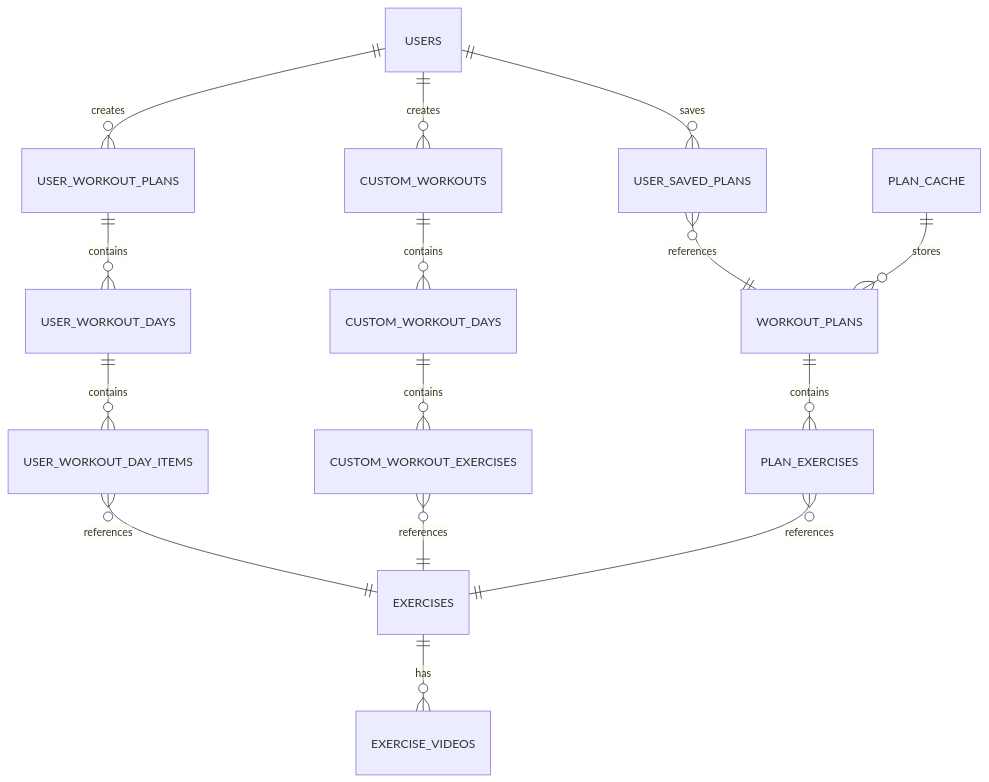
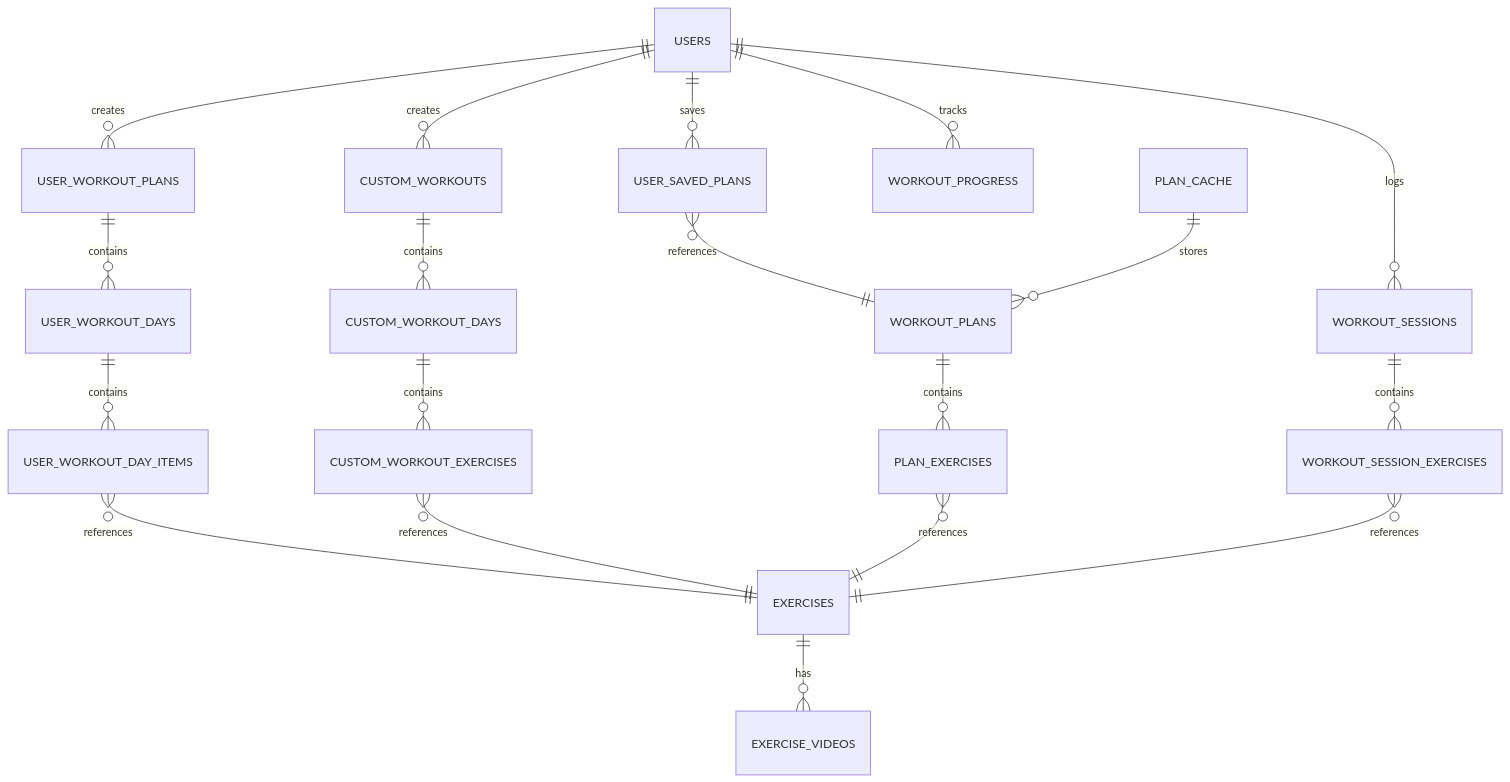
The first of 3 diagrams in DATABASE_ARCHITECTURE.md (moazanTUS/sculptfitt), drawn with Mermaid before and after one commit. The commit also changed other lines of this file and 1 other file, not shown here.

````diff
--- a/DATABASE_ARCHITECTURE.md
+++ b/DATABASE_ARCHITECTURE.md
@@ -5,23 +5,29 @@
 ```mermaid
 erDiagram
     USERS ||--o{ USER_SAVED_PLANS : saves
     USERS ||--o{ USER_WORKOUT_PLANS : creates
     USERS ||--o{ CUSTOM_WORKOUTS : creates
+    USERS ||--o{ WORKOUT_SESSIONS : logs
     
     USER_SAVED_PLANS }o--|| WORKOUT_PLANS : references
     USER_WORKOUT_PLANS ||--o{ USER_WORKOUT_DAYS : contains
     CUSTOM_WORKOUTS ||--o{ CUSTOM_WORKOUT_DAYS : contains
     
     USER_WORKOUT_DAYS ||--o{ USER_WORKOUT_DAY_ITEMS : contains
     CUSTOM_WORKOUT_DAYS ||--o{ CUSTOM_WORKOUT_EXERCISES : contains
     
     USER_WORKOUT_DAY_ITEMS }o--|| EXERCISES : references
     CUSTOM_WORKOUT_EXERCISES }o--|| EXERCISES : references
     
     WORKOUT_PLANS ||--o{ PLAN_EXERCISES : contains
     PLAN_EXERCISES }o--|| EXERCISES : references
     
     EXERCISES ||--o{ EXERCISE_VIDEOS : has
     
+    WORKOUT_SESSIONS ||--o{ WORKOUT_SESSION_EXERCISES : contains
+    WORKOUT_SESSION_EXERCISES }o--|| EXERCISES : references
+    
+    USERS ||--o{ WORKOUT_PROGRESS : tracks
+    
     PLAN_CACHE ||--o{ WORKOUT_PLANS : stores
 ```
````
